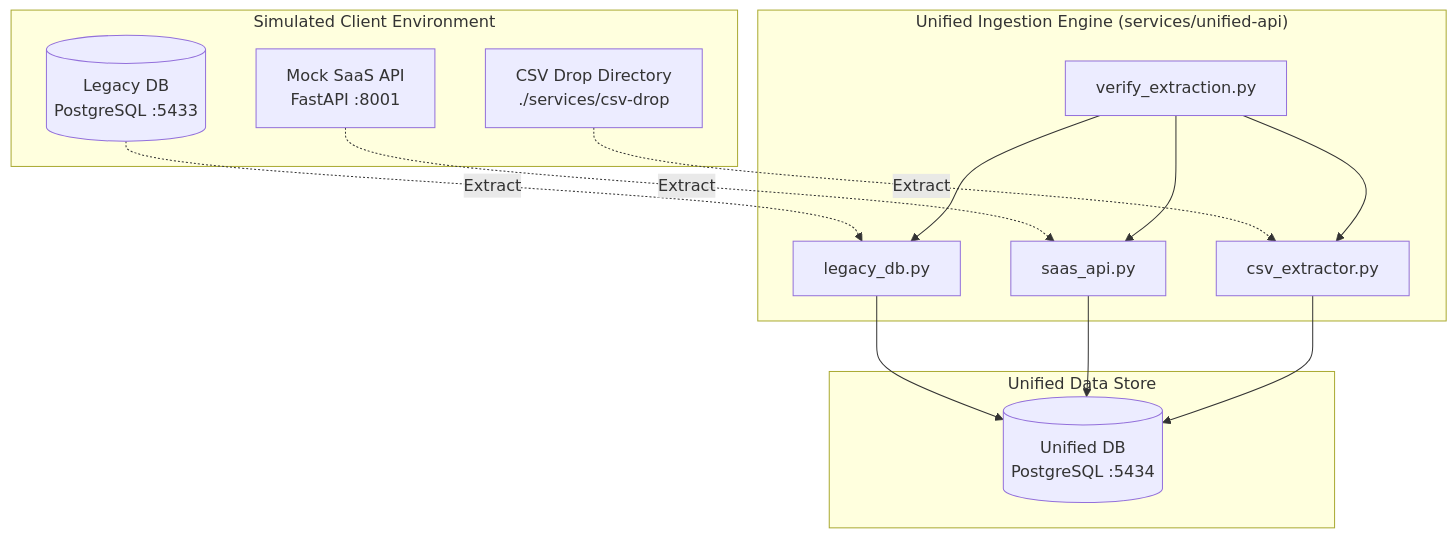
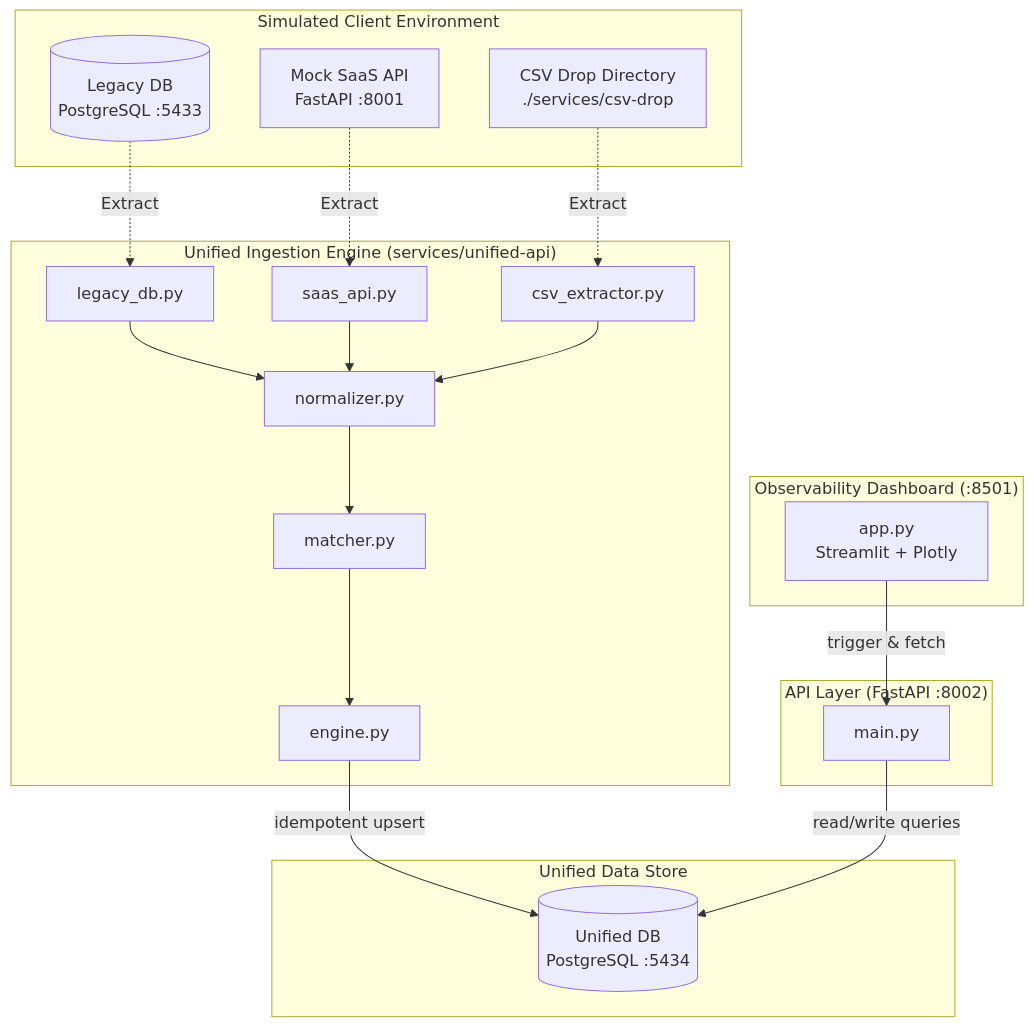
Before and after one commit to SudoAnirudh/MessyData: the diagram in README.md, drawn with Mermaid. The commit also changed other lines of this file and 2 other files, not shown here.

Commit message:
feat: implement CI pipeline, add unit tests, and document unified API architecture and endpoints

````diff
--- a/README.md
+++ b/README.md
@@ -28,32 +27,45 @@
 ```mermaid
 flowchart TD
     subgraph Client ["Simulated Client Environment"]
         legacy_db[(Legacy DB<br>PostgreSQL :5433)]
         saas_api[Mock SaaS API<br>FastAPI :8001]
         csv_drop[CSV Drop Directory<br>./services/csv-drop]
     end
 
     subgraph Pipeline ["Unified Ingestion Engine (services/unified-api)"]
         legacy_conn[legacy_db.py]
         saas_conn[saas_api.py]
         csv_conn[csv_extractor.py]
         
-        verify_script[verify_extraction.py]
+        normalizer[normalizer.py]
+        matcher[matcher.py]
+        engine[engine.py]
     end
 
     subgraph Store ["Unified Data Store"]
         unified_db[(Unified DB<br>PostgreSQL :5434)]
     end
 
+    subgraph Gateway ["API Layer (FastAPI :8002)"]
+        api_main[main.py]
+    end
+
+    subgraph Observability ["Observability Dashboard (:8501)"]
+        dashboard_app[app.py<br>Streamlit + Plotly]
+    end
+
     legacy_db -. Extract .-> legacy_conn
     saas_api -. Extract .-> saas_conn
     csv_drop -. Extract .-> csv_conn
 
-    verify_script --> legacy_conn
-    verify_script --> saas_conn
-    verify_script --> csv_conn
+    legacy_conn --> normalizer
+    saas_conn --> normalizer
+    csv_conn --> normalizer
 
-    legacy_conn --> unified_db
-    saas_conn --> unified_db
-    csv_conn --> unified_db
+    normalizer --> matcher
+    matcher --> engine
+    engine -->|idempotent upsert| unified_db
+
+    api_main -->|read/write queries| unified_db
+    dashboard_app -->|trigger & fetch| api_main
 ```
````
